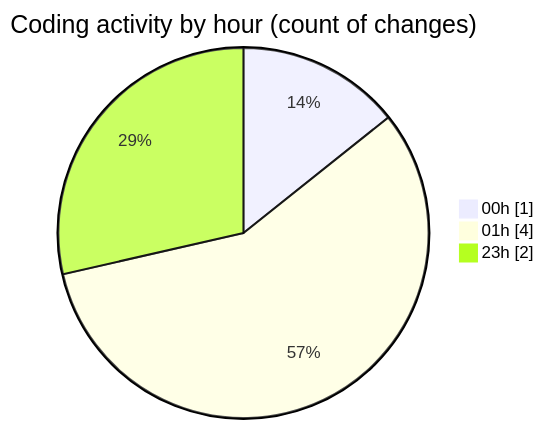
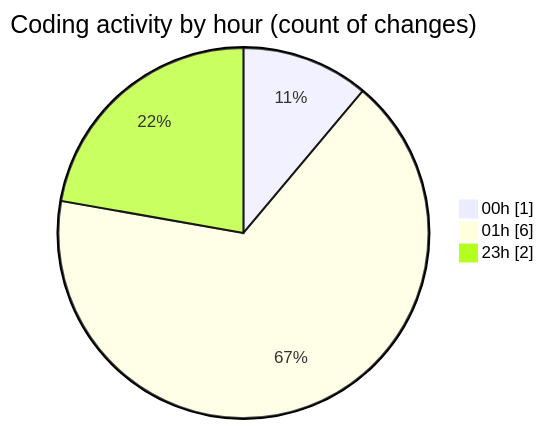
One commit to charlie-sans/code-tracking changed the second of 2 diagrams in 2025-02-19/masm/README.md. Above: the diagram before and after it, drawn with Mermaid. The commit also changed other lines of this file and 1 other file, not shown here.

````diff
--- a/2025-02-19/masm/README.md
+++ b/2025-02-19/masm/README.md
@@ -32,7 +32,7 @@
 ```mermaid
 pie showData
 title Coding activity by hour (count of changes)
 "00h" : 1
-"01h" : 4
+"01h" : 6
 "23h" : 2
 ```
````
